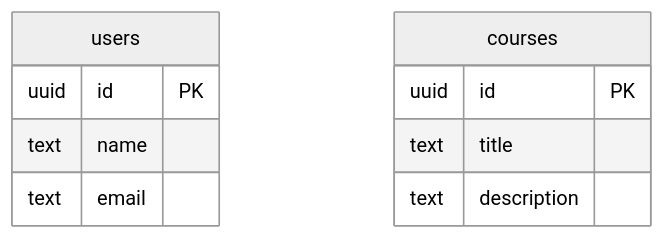
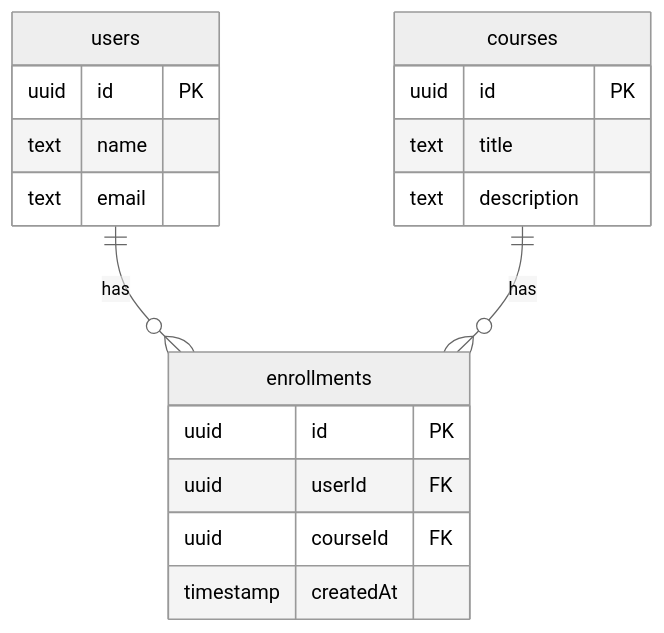
Before and after one commit to llutti/desafio-api-nodejs: the first of 2 diagrams in README.md, drawn with Mermaid (neutral theme). The commit also changed other lines of this file and 22 other files, not shown here.

````diff
--- a/README.md
+++ b/README.md
@@ -87,13 +148,21 @@
 ```mermaid
 erDiagram
     users {
         uuid id PK
         text name
         text email
     }
     courses {
         uuid id PK
         text title
         text description
     }
+    enrollments {
+        uuid id PK
+        uuid userId FK
+        uuid courseId FK
+        timestamp createdAt
+    }
+    users ||--o{ enrollments : "has"
+    courses ||--o{ enrollments : "has"
 ```
````
